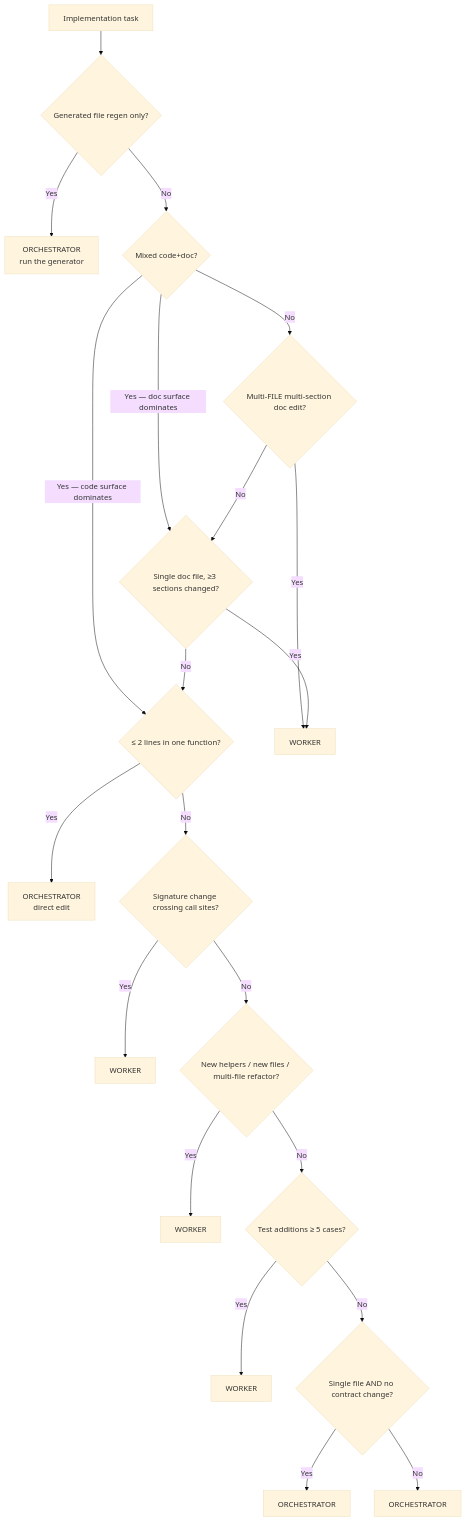
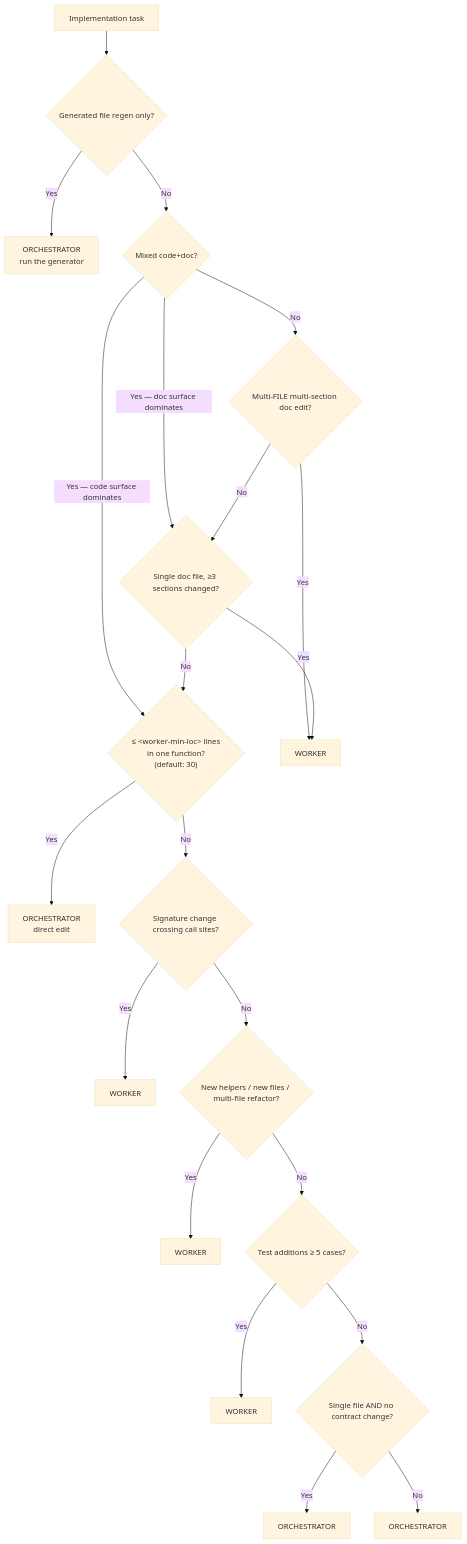
One commit to frankyxhl/alfred changed the diagram in src/fx_alfred/rules/COR-1619-SOP-Orchestrator-vs-Worker-Dispatch.md. Above: the diagram before and after it, drawn with Mermaid (base theme). The commit also changed other lines of this file and 2 other files, not shown here.

````diff
--- a/src/fx_alfred/rules/COR-1619-SOP-Orchestrator-vs-Worker-Dispatch.md
+++ b/src/fx_alfred/rules/COR-1619-SOP-Orchestrator-vs-Worker-Dispatch.md
@@ -44,23 +44,23 @@
 ```mermaid
 flowchart TD
     A[Implementation task] --> B{Generated file regen only?}
     B -- Yes --> O1[ORCHESTRATOR<br/>run the generator]
     B -- No --> MIX{Mixed code+doc?}
     MIX -- "Yes — code surface dominates" --> C
     MIX -- "Yes — doc surface dominates" --> H
     MIX -- No --> H0{Multi-FILE multi-section doc edit?}
     H0 -- Yes --> W4[WORKER]
     H0 -- No --> H{Single doc file, ≥3 sections changed?}
     H -- Yes --> W4
-    H -- No --> C{≤ 2 lines in one function?}
+    H -- No --> C{"≤ &lt;worker-min-loc&gt; lines<br/>in one function?<br/>(default: 30)"}
     C -- Yes --> O2[ORCHESTRATOR<br/>direct edit]
     C -- No --> D{Signature change crossing call sites?}
     D -- Yes --> W1[WORKER]
     D -- No --> E{New helpers / new files / multi-file refactor?}
     E -- Yes --> W2[WORKER]
     E -- No --> F{Test additions ≥ 5 cases?}
     F -- Yes --> W3[WORKER]
     F -- No --> G{Single file AND no contract change?}
     G -- Yes --> O3[ORCHESTRATOR]
     G -- No --> O4[ORCHESTRATOR]
 ```
````
